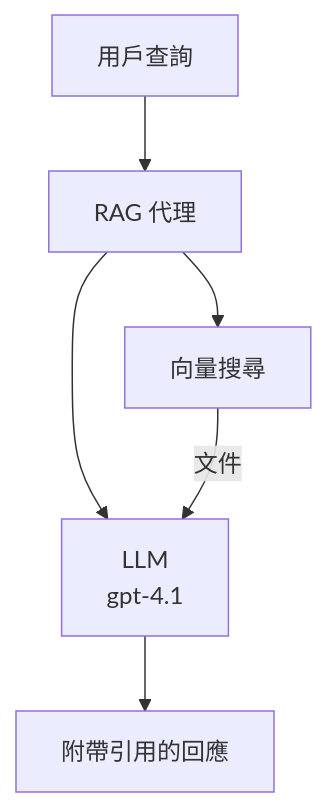
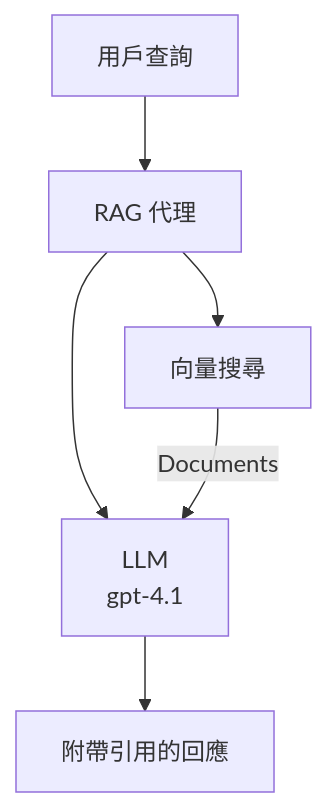
The second of 3 diagrams in translations/zh-HK/docs/chapter-02-ai-development/agents.md (microsoft/AZD-for-beginners), drawn with Mermaid before and after one commit. The commit also changed other lines of this file and 61 other files, not shown here.

````diff
--- a/translations/zh-HK/docs/chapter-02-ai-development/agents.md
+++ b/translations/zh-HK/docs/chapter-02-ai-development/agents.md
@@ -181,8 +181,8 @@
 ```mermaid
 graph TD
     Query[用戶查詢] --> RAG[RAG 代理]
     RAG --> Vector[向量搜尋]
     RAG --> LLM[LLM<br/>gpt-4.1]
-    Vector -- 文件 --> LLM
+    Vector -- Documents --> LLM
     LLM --> Response[附帶引用的回應]
 ```
````
